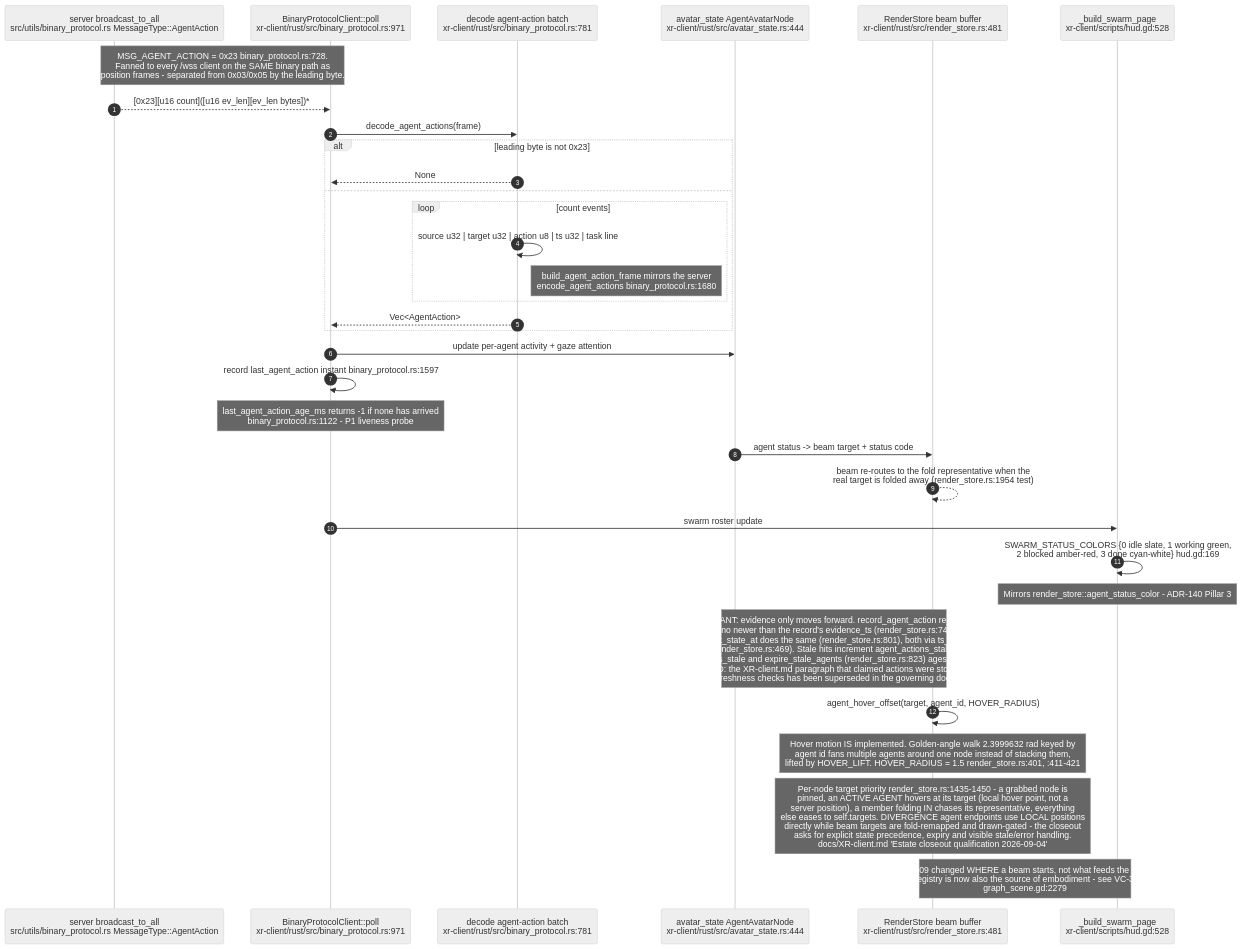
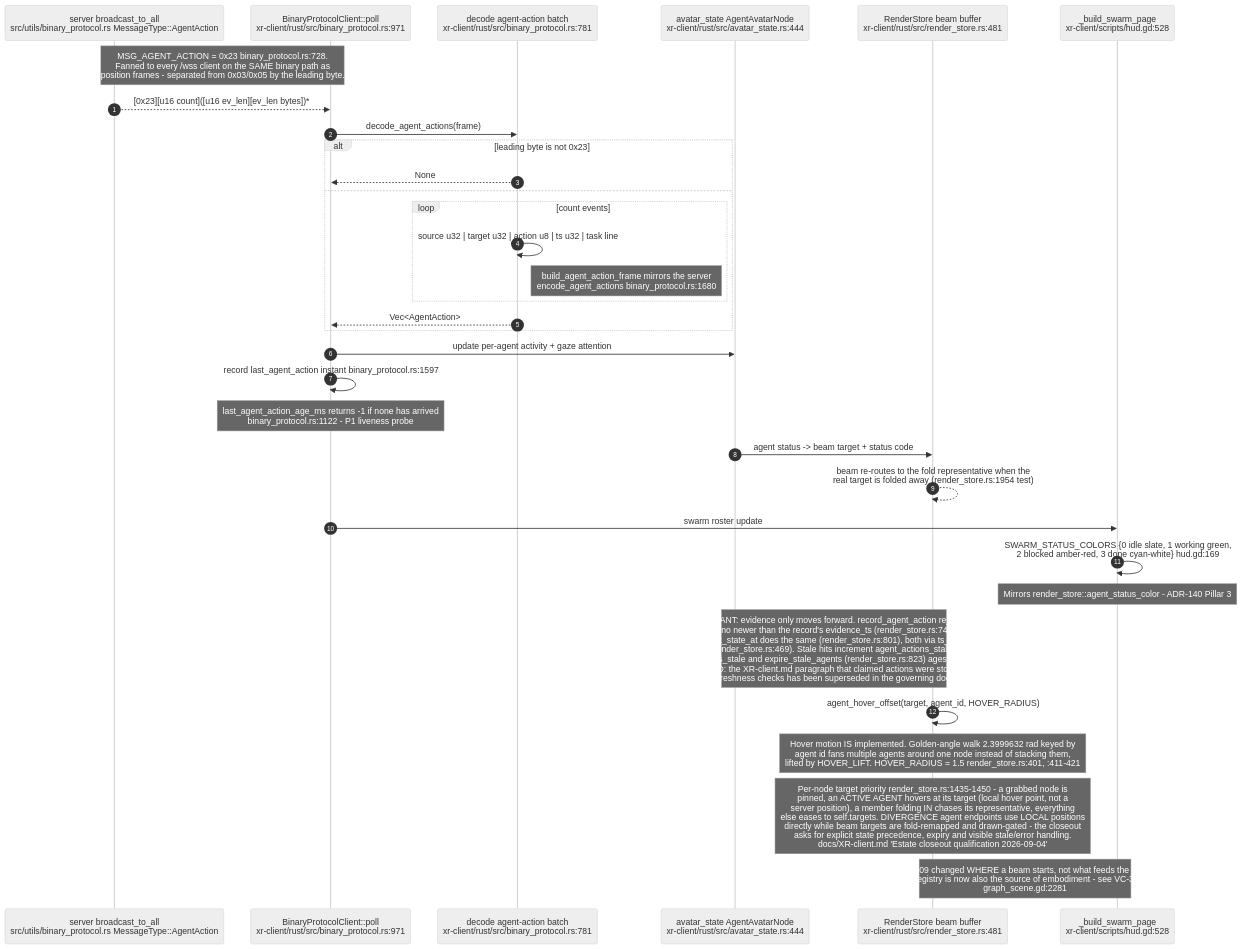
One commit to DreamLab-AI/VisionFlow changed the ninth of 23 diagrams in docs/diagrams/visionclaw/36-godot-xr-client.md. Above: the diagram before and after it, drawn with Mermaid (neutral theme). The commit also changed other lines of this file and 111 other files, not shown here.

Commit message:
docs(diagrams): align estate maps with current source

````diff
--- a/docs/diagrams/visionclaw/36-godot-xr-client.md
+++ b/docs/diagrams/visionclaw/36-godot-xr-client.md
@@ -418,36 +418,36 @@
 ```mermaid
 sequenceDiagram
     autonumber
     participant SV as server broadcast_to_all<br/>src/utils/binary_protocol.rs MessageType::AgentAction
     participant BP as BinaryProtocolClient::poll<br/>xr-client/rust/src/binary_protocol.rs:971
     participant DA as decode agent-action batch<br/>xr-client/rust/src/binary_protocol.rs:781
     participant AS as avatar_state AgentAvatarNode<br/>xr-client/rust/src/avatar_state.rs:444
     participant RS as RenderStore beam buffer<br/>xr-client/rust/src/render_store.rs:481
     participant HD as _build_swarm_page<br/>xr-client/scripts/hud.gd:528
 
     Note over SV,BP: MSG_AGENT_ACTION = 0x23 binary_protocol.rs:728.<br/>Fanned to every /wss client on the SAME binary path as<br/>position frames - separated from 0x03/0x05 by the leading byte.
     SV-->>BP: [0x23][u16 count]([u16 ev_len][ev_len bytes])*
     BP->>DA: decode_agent_actions(frame)
     alt leading byte is not 0x23
         DA-->>BP: None
     else
         loop count events
             DA->>DA: source u32 | target u32 | action u8 | ts u32 | task line
             Note right of DA: build_agent_action_frame mirrors the server<br/>encode_agent_actions binary_protocol.rs:1680
         end
         DA-->>BP: Vec<AgentAction>
     end
     BP->>AS: update per-agent activity + gaze attention
     BP->>BP: record last_agent_action instant binary_protocol.rs:1597
     Note over BP: last_agent_action_age_ms returns -1 if none has arrived<br/>binary_protocol.rs:1122 - P1 liveness probe
     AS->>RS: agent status -> beam target + status code
     RS-->>RS: beam re-routes to the fold representative when the<br/>real target is folded away (render_store.rs:1954 test)
     BP->>HD: swarm roster update
     HD->>HD: SWARM_STATUS_COLORS {0 idle slate, 1 working green,<br/>2 blocked amber-red, 3 done cyan-white} hud.gd:169
     Note over HD: Mirrors render_store::agent_status_color - ADR-140 Pillar 3
     Note over AS,RS: INVARIANT: evidence only moves forward. record_agent_action rejects an<br/>action no newer than the record's evidence_ts (render_store.rs:745) and<br/>set_agent_state_at does the same (render_store.rs:801), both via ts_is_newer<br/>(render_store.rs:469). Stale hits increment agent_actions_stale /<br/>agent_states_stale and expire_stale_agents (render_store.rs:823) ages records out.<br/>RESOLVED: the XR-client.md paragraph that claimed actions were stored without<br/>freshness checks has been superseded in the governing doc
     RS->>RS: agent_hover_offset(target, agent_id, HOVER_RADIUS)
     Note over RS: Hover motion IS implemented. Golden-angle walk 2.3999632 rad keyed by<br/>agent id fans multiple agents around one node instead of stacking them,<br/>lifted by HOVER_LIFT. HOVER_RADIUS = 1.5 render_store.rs:401, :411-421
     Note over RS: Per-node target priority render_store.rs:1435-1450 - a grabbed node is<br/>pinned, an ACTIVE AGENT hovers at its target (local hover point, not a<br/>server position), a member folding IN chases its representative, everything<br/>else eases to self.targets. DIVERGENCE agent endpoints use LOCAL positions<br/>directly while beam targets are fold-remapped and drawn-gated - the closeout<br/>asks for explicit state precedence, expiry and visible stale/error handling.<br/>docs/XR-client.md 'Estate closeout qualification 2026-09-04'
-    Note over RS,HD: ADR-2109 changed WHERE a beam starts, not what feeds the registry.<br/>The registry is now also the source of embodiment - see VC-36.21.<br/>graph_scene.gd:2279
+    Note over RS,HD: ADR-2109 changed WHERE a beam starts, not what feeds the registry.<br/>The registry is now also the source of embodiment - see VC-36.21.<br/>graph_scene.gd:2281
 ```
````
